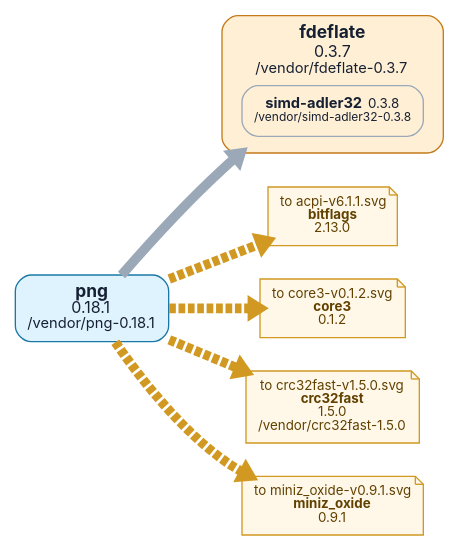
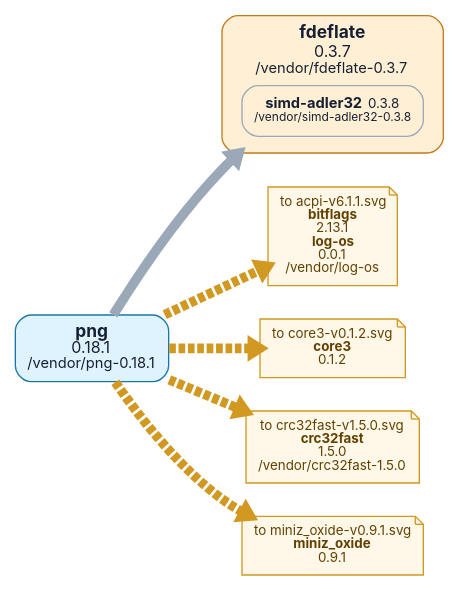
The diagram in tools/docs/depgraph/by-root/png-v0.18.1.dot (t4ce/TRUEOS), drawn with Graphviz before and after one commit. The commit also changed 214 other files, not shown here.

```diff
--- a/tools/docs/depgraph/by-root/png-v0.18.1.dot
+++ b/tools/docs/depgraph/by-root/png-v0.18.1.dot
@@ -1,21 +1,21 @@
 digraph "png-v0.18.1" {
   graph [rankdir=LR, bgcolor="white", overlap=false, splines=true, nodesep=0.35, ranksep=0.55];
   node [shape=box, style="rounded,filled", fontname="Inter,Arial", fontsize=10, margin="0.13,0.10", color="#8b9bb0", fillcolor="#f7f9fb", fontcolor="#172033"];
   edge [color="#9aa8b8", arrowsize=0.55, penwidth=7.2];
   n0 [label=<<FONT POINT-SIZE="13"><B>png</B></FONT><BR/><FONT POINT-SIZE="12">0.18.1</FONT><BR/><FONT POINT-SIZE="11">/vendor/png-0.18.1</FONT>>, fillcolor="#dff3ff", color="#1b78a6"];
   n1 [label=<<TABLE BORDER="0" CELLBORDER="0" CELLSPACING="0" CELLPADDING="0"><TR><TD><FONT POINT-SIZE="13"><B>fdeflate</B></FONT></TD></TR>
 <TR><TD><FONT POINT-SIZE="12">0.3.7</FONT></TD></TR>
 <TR><TD><FONT POINT-SIZE="11">/vendor/fdeflate-0.3.7</FONT></TD></TR><TR><TD><TABLE BORDER="0" CELLBORDER="0" CELLSPACING="6" CELLPADDING="0"><TR><TD><TABLE BORDER="1" CELLBORDER="0" CELLSPACING="0" CELLPADDING="8" COLOR="#9aa8b8" STYLE="ROUNDED"><TR><TD><FONT POINT-SIZE="11"><B>simd-adler32</B></FONT> <FONT POINT-SIZE="10">0.3.8</FONT><BR/><FONT POINT-SIZE="9">/vendor/simd-adler32-0.3.8</FONT></TD></TR></TABLE></TD></TR></TABLE></TD></TR></TABLE>>, fillcolor="#fff0d5", color="#c47a1a"];
   n0 -> n1;
-  out0 [label=<to acpi-v6.1.1.svg<BR/><B>bitflags</B><BR/>2.13.0>, shape=note, style="filled", fillcolor="#fff8e8", color="#d19922", fontcolor="#614000"];
+  out0 [label=<to acpi-v6.1.1.svg<BR/><B>bitflags</B><BR/>2.13.1<BR/><B>log-os</B><BR/>0.0.1<BR/>/vendor/log-os>, shape=note, style="filled", fillcolor="#fff8e8", color="#d19922", fontcolor="#614000"];
   n0 -> out0 [style=dashed, color="#d19922"];
   out1 [label=<to core3-v0.1.2.svg<BR/><B>core3</B><BR/>0.1.2>, shape=note, style="filled", fillcolor="#fff8e8", color="#d19922", fontcolor="#614000"];
   n0 -> out1 [style=dashed, color="#d19922"];
   out2 [label=<to crc32fast-v1.5.0.svg<BR/><B>crc32fast</B><BR/>1.5.0<BR/>/vendor/crc32fast-1.5.0>, shape=note, style="filled", fillcolor="#fff8e8", color="#d19922", fontcolor="#614000"];
   n0 -> out2 [style=dashed, color="#d19922"];
   out3 [label=<to miniz_oxide-v0.9.1.svg<BR/><B>miniz_oxide</B><BR/>0.9.1>, shape=note, style="filled", fillcolor="#fff8e8", color="#d19922", fontcolor="#614000"];
   n0 -> out3 [style=dashed, color="#d19922"];
   // collapsed leaf ends: 1
   // centered two-input leaves: 0
   // nested two-input leaves: 0
 }
```
